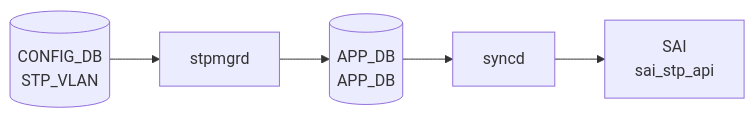
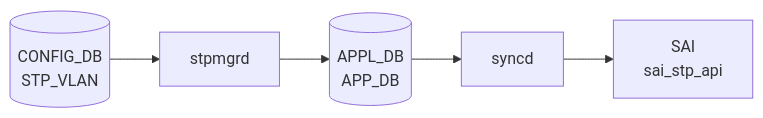
One commit to aoki-taquan/sonic-unofficial-docs changed the diagram in docs/reference/config-db/stp-vlan.md. Above: the diagram before and after it, drawn with Mermaid. The commit also changed 91 other files, not shown here.

First line of the commit message:
fix(review-067): APP_DB→APPL_DB in mermaid labels; exclude APPL_DB pages from auto-gen

````diff
--- a/docs/reference/config-db/stp-vlan.md
+++ b/docs/reference/config-db/stp-vlan.md
@@ -49,12 +49,12 @@
 ```mermaid
 flowchart LR
   CDB[("CONFIG_DB<br/>STP_VLAN")]
   DM["stpmgrd"]
   CDB --> DM
-  APPDB[("APP_DB<br/>APP_DB")]
+  APPDB[("APPL_DB<br/>APP_DB")]
   DM --> APPDB
   SYNCD["syncd"]
   APPDB --> SYNCD
   SAI["SAI<br/>sai_stp_api"]
   SYNCD --> SAI
 ```
````
